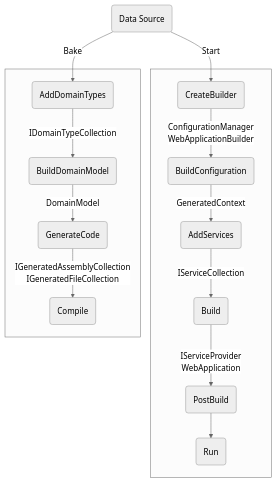
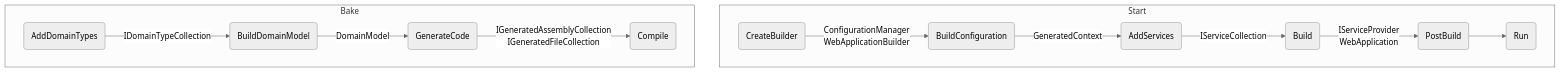
One commit to mouseless/baked changed the diagram in docs/recipes/data-source.md. Above: the diagram before and after it, drawn with Mermaid (neutral theme). The commit also changed 1 other file, not shown here.

Commit message:
edit recipe phase diagrams

````diff
--- a/docs/recipes/data-source.md
+++ b/docs/recipes/data-source.md
@@ -66,44 +66,40 @@
 ```mermaid
 flowchart TD;
-    App(Data Source)
-    
     AD(AddDomainTypes)
     BD(BuildDomainModel)
     GC(GenerateCode)
     C(Compile)
 
-    App -->|Bake| AD
     AD -->|IDomainTypeCollection| BD
     BD -->|DomainModel| GC
     GC -->|IGeneratedAssemblyCollection\nIGeneratedFileCollection| C
 
     CB(CreateBuilder)
     BC(BuildConfiguration)
     AS(AddServices)
     B(Build)
     PB(PostBuild)
     R(Run)
 
-    App -->|Start| CB
     CB -->|ConfigurationManager\nWebApplicationBuilder| BC
     BC -->|GeneratedContext| AS
     AS -->|IServiceCollection| B
     B -->|IServiceProvider\nWebApplication|PB
     PB --> R
 
-    subgraph Start[ ]
+    subgraph Start
         CB
         BC
         AS
         B
         PB
         R
     end
 
-    subgraph Bake[ ]
+    subgraph Bake
         AD
         BD
         GC
         C
     end
 ```
````
